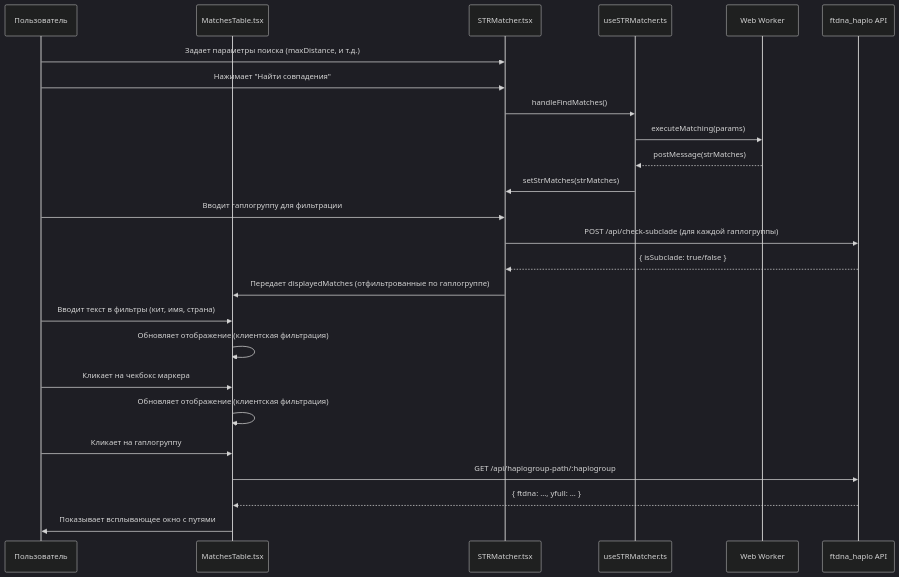
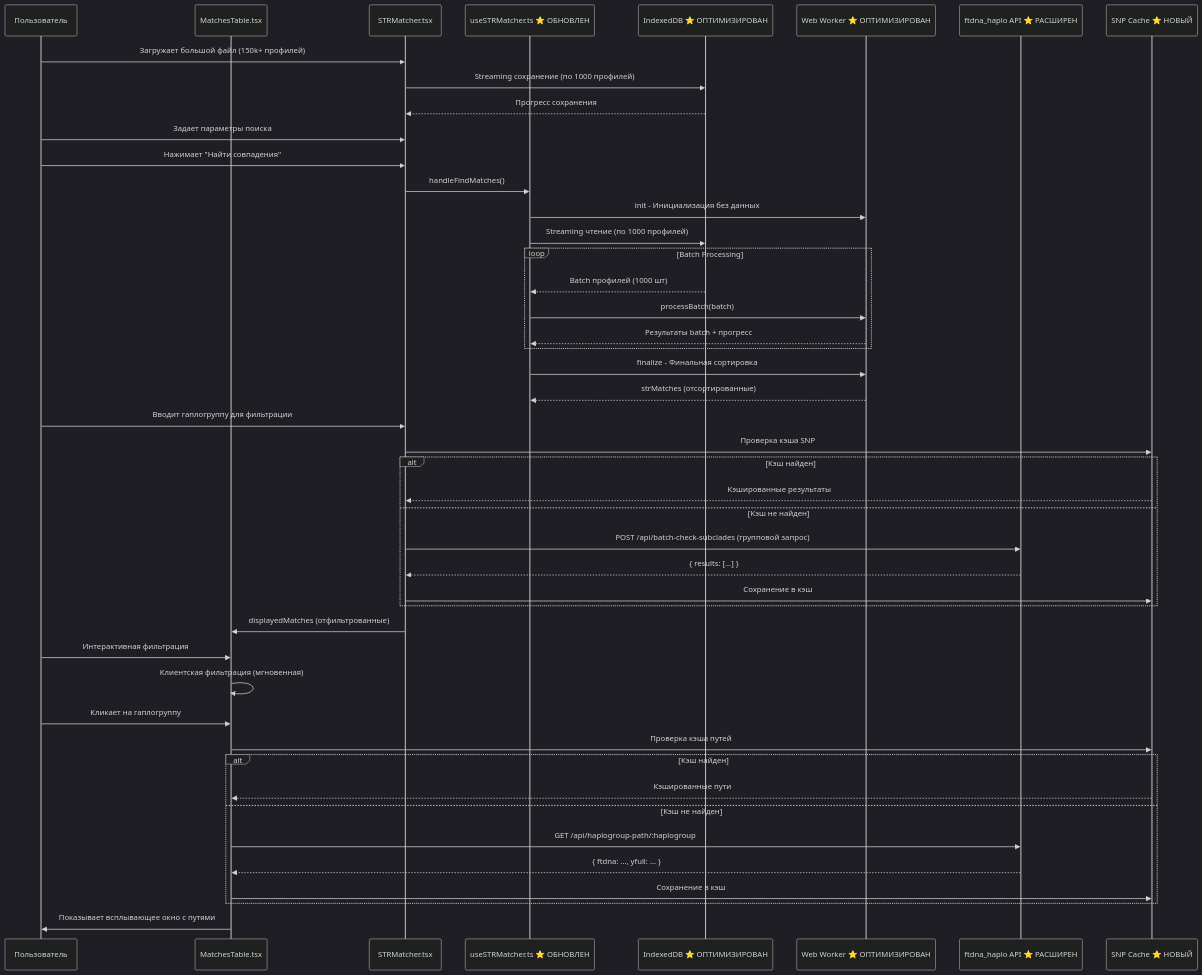
The diagram in docs/technical/component-interaction.md (valalav/YSTR-Genetic-Matcher), drawn with Mermaid (dark theme) before and after one commit. The commit also changed other lines of this file and 36 other files, not shown here.

````diff
--- a/docs/technical/component-interaction.md
+++ b/docs/technical/component-interaction.md
@@ -61,32 +93,54 @@
 ```mermaid
 sequenceDiagram
     participant User as Пользователь
     participant MatchesTable as MatchesTable.tsx
     participant STRMatcher as STRMatcher.tsx
-    participant useSTRMatcher as useSTRMatcher.ts
-    participant Worker as Web Worker
-    participant HaploAPI as ftdna_haplo API
+    participant useSTRMatcher as useSTRMatcher.ts ⭐ ОБНОВЛЕН
+    participant IndexedDB as IndexedDB ⭐ ОПТИМИЗИРОВАН
+    participant Worker as Web Worker ⭐ ОПТИМИЗИРОВАН
+    participant HaploAPI as ftdna_haplo API ⭐ РАСШИРЕН
+    participant Cache as SNP Cache ⭐ НОВЫЙ
 
-    User->>STRMatcher: Задает параметры поиска (maxDistance, и т.д.)
+    User->>STRMatcher: Загружает большой файл (150k+ профилей)
+    STRMatcher->>IndexedDB: Streaming сохранение (по 1000 профилей)
+    IndexedDB-->>STRMatcher: Прогресс сохранения
+
+    User->>STRMatcher: Задает параметры поиска
     User->>STRMatcher: Нажимает "Найти совпадения"
     STRMatcher->>useSTRMatcher: handleFindMatches()
-    useSTRMatcher->>Worker: executeMatching(params)
-    Worker-->>useSTRMatcher: postMessage(strMatches)
-    useSTRMatcher->>STRMatcher: setStrMatches(strMatches)
+    
+    useSTRMatcher->>Worker: init - Инициализация без данных
+    useSTRMatcher->>IndexedDB: Streaming чтение (по 1000 профилей)
+    loop Batch Processing
+        IndexedDB-->>useSTRMatcher: Batch профилей (1000 шт)
+        useSTRMatcher->>Worker: processBatch(batch)
+        Worker-->>useSTRMatcher: Результаты batch + прогресс
+    end
+    useSTRMatcher->>Worker: finalize - Финальная сортировка
+    Worker-->>useSTRMatcher: strMatches (отсортированные)
 
     User->>STRMatcher: Вводит гаплогруппу для фильтрации
-    STRMatcher->>HaploAPI: POST /api/check-subclade (для каждой гаплогруппы)
-    HaploAPI-->>STRMatcher: { isSubclade: true/false }
-    STRMatcher->>MatchesTable: Передает displayedMatches (отфильтрованные по гаплогруппе)
+    STRMatcher->>Cache: Проверка кэша SNP
+    alt Кэш найден
+        Cache-->>STRMatcher: Кэшированные результаты
+    else Кэш не найден
+        STRMatcher->>HaploAPI: POST /api/batch-check-subclades (групповой запрос)
+        HaploAPI-->>STRMatcher: { results: [...] }
+        STRMatcher->>Cache: Сохранение в кэш
+    end
+    STRMatcher->>MatchesTable: displayedMatches (отфильтрованные)
 
-    User->>MatchesTable: Вводит текст в фильтры (кит, имя, страна)
-    MatchesTable->>MatchesTable: Обновляет отображение (клиентская фильтрация)
-
-    User->>MatchesTable: Кликает на чекбокс маркера
-    MatchesTable->>MatchesTable: Обновляет отображение (клиентская фильтрация)
+    User->>MatchesTable: Интерактивная фильтрация
+    MatchesTable->>MatchesTable: Клиентская фильтрация (мгновенная)
     
     User->>MatchesTable: Кликает на гаплогруппу
-    MatchesTable->>HaploAPI: GET /api/haplogroup-path/:haplogroup
-    HaploAPI-->>MatchesTable: { ftdna: ..., yfull: ... }
+    MatchesTable->>Cache: Проверка кэша путей
+    alt Кэш найден
+        Cache-->>MatchesTable: Кэшированные пути
+    else Кэш не найден
+        MatchesTable->>HaploAPI: GET /api/haplogroup-path/:haplogroup
+        HaploAPI-->>MatchesTable: { ftdna: ..., yfull: ... }
+        MatchesTable->>Cache: Сохранение в кэш
+    end
     MatchesTable->>User: Показывает всплывающее окно с путями
 ```
````
